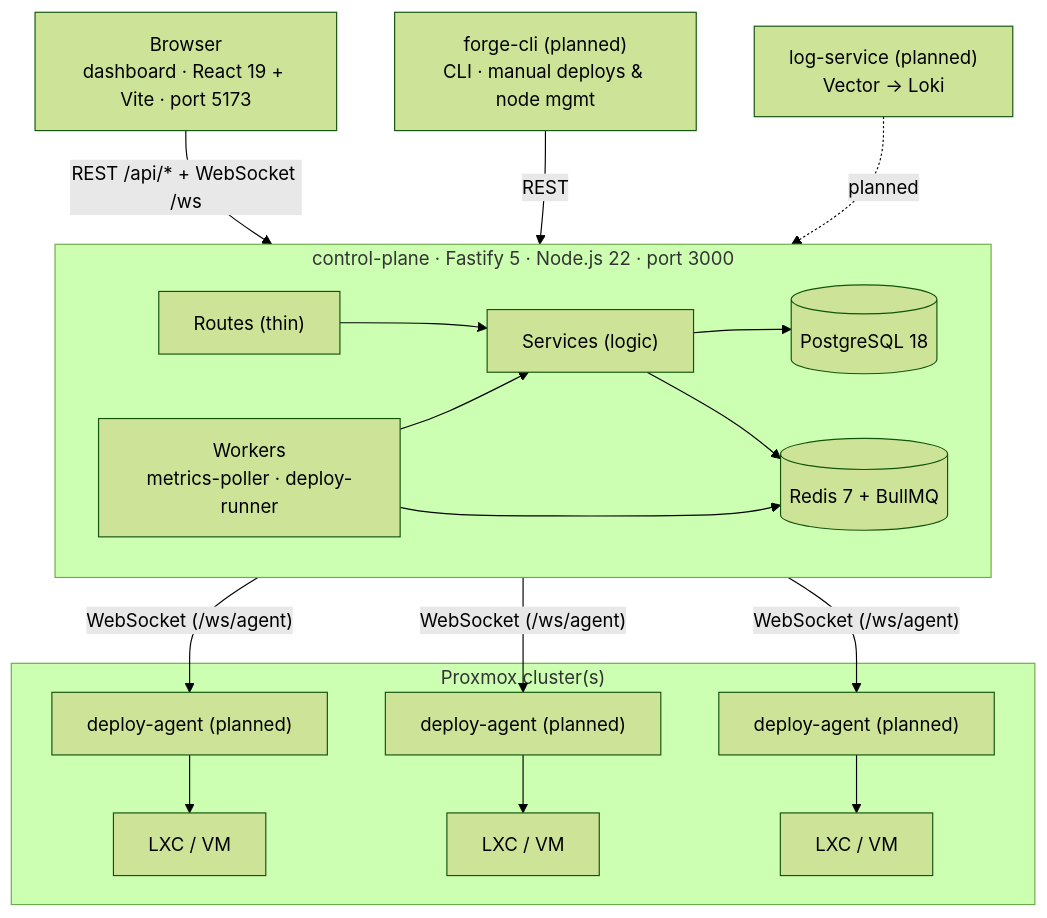
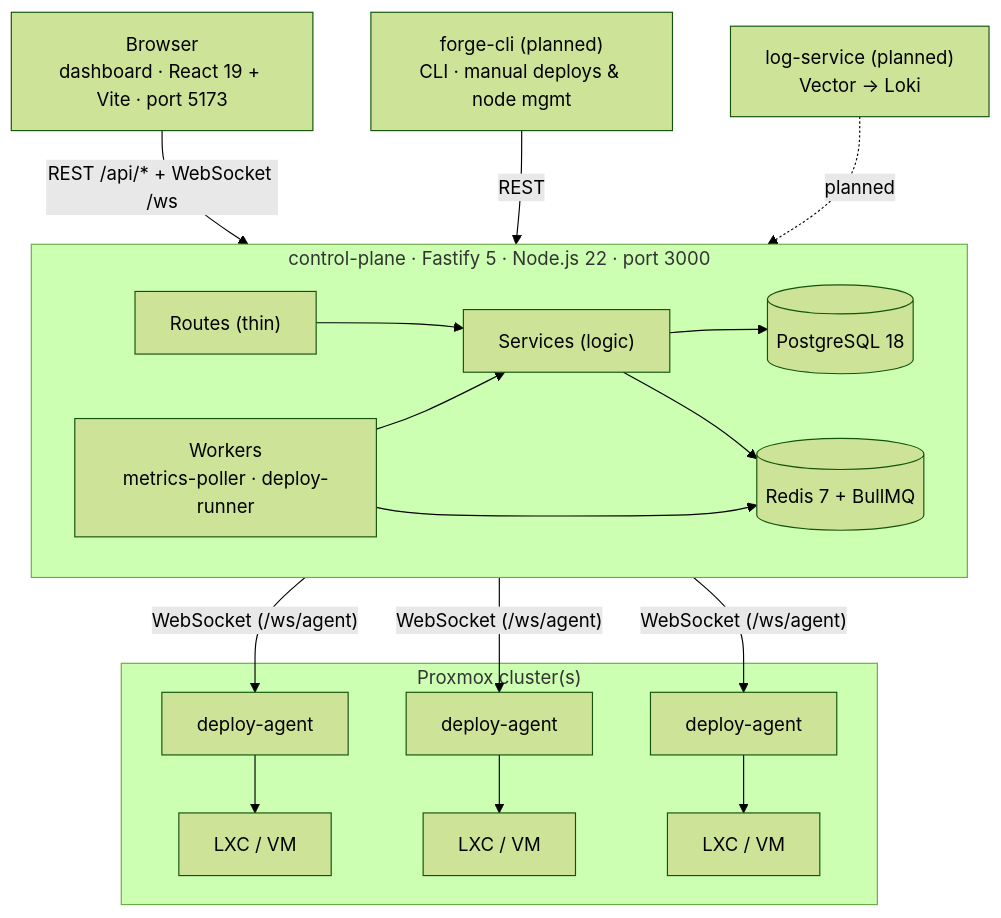
The diagram in docs/architecture.md (NinjaGoldfinch/ninja-ops), drawn with Mermaid (forest theme) before and after one commit. The commit also changed 1 other file, not shown here.

Commit message:
feat(deploy-agent): wire entry point with SIGTERM/SIGINT handling; mark agent as implemented in architecture

````diff
--- a/docs/architecture.md
+++ b/docs/architecture.md
@@ -5,34 +5,34 @@
 ```mermaid
 graph TB
     Browser["Browser\ndashboard · React 19 + Vite · port 5173"]
     ForgeCLI["forge-cli (planned)\nCLI · manual deploys & node mgmt"]
     LogService["log-service (planned)\nVector → Loki"]
 
     subgraph CP["control-plane · Fastify 5 · Node.js 22 · port 3000"]
         Routes["Routes (thin)"]
         Services["Services (logic)"]
         Workers["Workers\nmetrics-poller · deploy-runner"]
         PG[("PostgreSQL 18")]
         Redis[("Redis 7 + BullMQ")]
 
         Routes --> Services
         Services --> PG
         Services --> Redis
         Workers --> Redis
         Workers --> Services
     end
 
     Browser -- "REST /api/* + WebSocket /ws" --> CP
     ForgeCLI -- "REST" --> CP
     LogService -. "planned" .-> CP
 
     CP -- "WebSocket (/ws/agent)" --> Agent1
     CP -- "WebSocket (/ws/agent)" --> Agent2
     CP -- "WebSocket (/ws/agent)" --> Agent3
 
     subgraph Proxmox["Proxmox cluster(s)"]
-        Agent1["deploy-agent (planned)"] --> VM1["LXC / VM"]
-        Agent2["deploy-agent (planned)"] --> VM2["LXC / VM"]
-        Agent3["deploy-agent (planned)"] --> VM3["LXC / VM"]
+        Agent1["deploy-agent"] --> VM1["LXC / VM"]
+        Agent2["deploy-agent"] --> VM2["LXC / VM"]
+        Agent3["deploy-agent"] --> VM3["LXC / VM"]
     end
 ```
````
